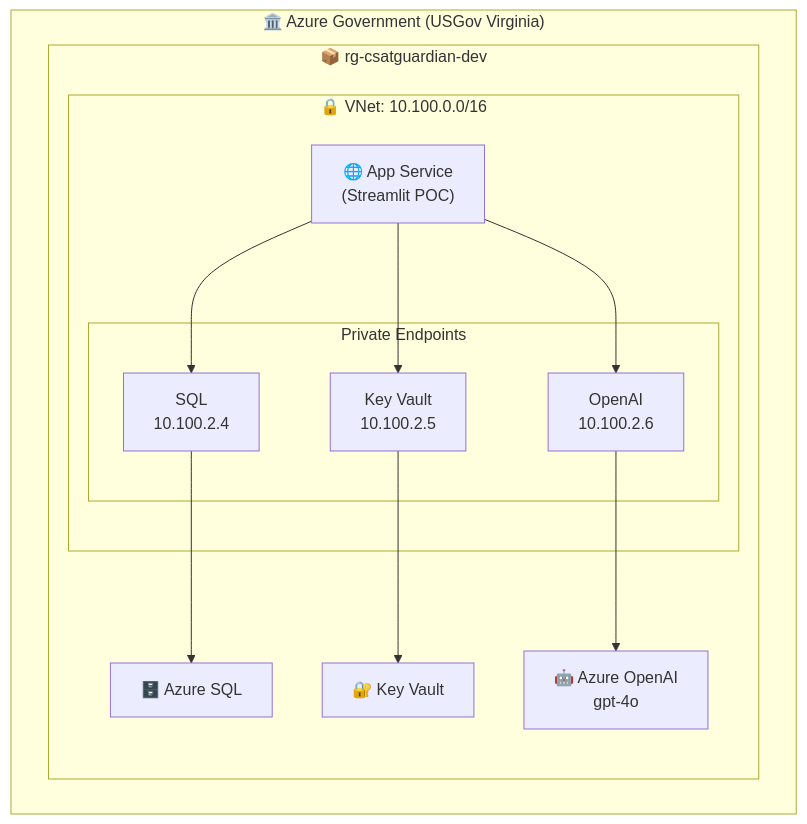
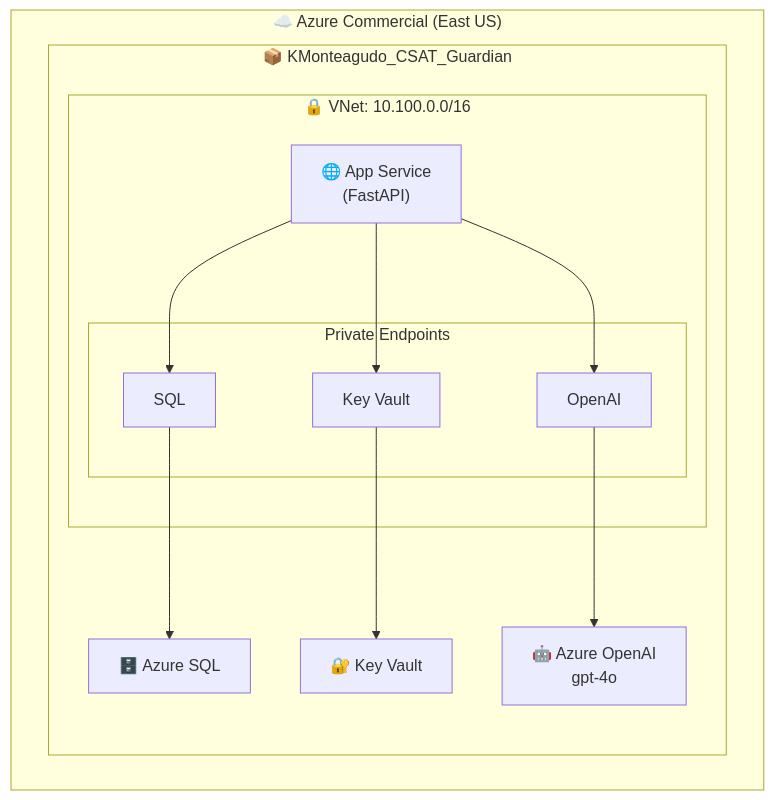
Before and after one commit to KyleMonteagudo/csat-guardian: the first of 2 diagrams in README.md, drawn with Mermaid. The commit also changed other lines of this file and 28 other files, not shown here.

First line of the commit message:
refactor: Remove all Azure Government references, update for Commercial Azure

````diff
--- a/README.md
+++ b/README.md
@@ -67,22 +27,22 @@
 ```mermaid
 flowchart TB
-    subgraph AzureGov["🏛️ Azure Government (USGov Virginia)"]
-        subgraph RG["📦 rg-csatguardian-dev"]
+    subgraph Azure["☁️ Azure Commercial (East US)"]
+        subgraph RG["📦 KMonteagudo_CSAT_Guardian"]
             subgraph VNet["🔒 VNet: 10.100.0.0/16"]
-                AppService["🌐 App Service<br/>(Streamlit POC)"]
+                AppService["🌐 App Service<br/>(FastAPI)"]
                 subgraph PE["Private Endpoints"]
-                    PE_SQL["SQL<br/>10.100.2.4"]
-                    PE_KV["Key Vault<br/>10.100.2.5"]
-                    PE_OAI["OpenAI<br/>10.100.2.6"]
+                    PE_SQL["SQL"]
+                    PE_KV["Key Vault"]
+                    PE_OAI["OpenAI"]
                 end
             end
             SQL["🗄️ Azure SQL"]
             KV["🔐 Key Vault"]
             OAI["🤖 Azure OpenAI<br/>gpt-4o"]
         end
     end
 
     AppService --> PE_SQL --> SQL
     AppService --> PE_KV --> KV
     AppService --> PE_OAI --> OAI
 ```
````
